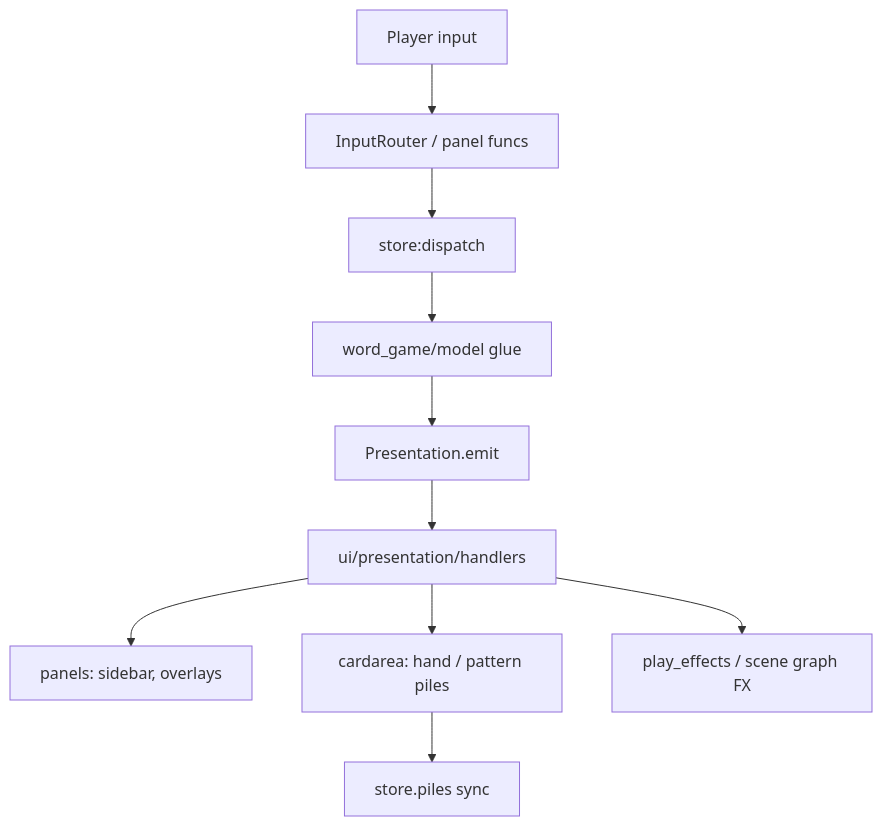
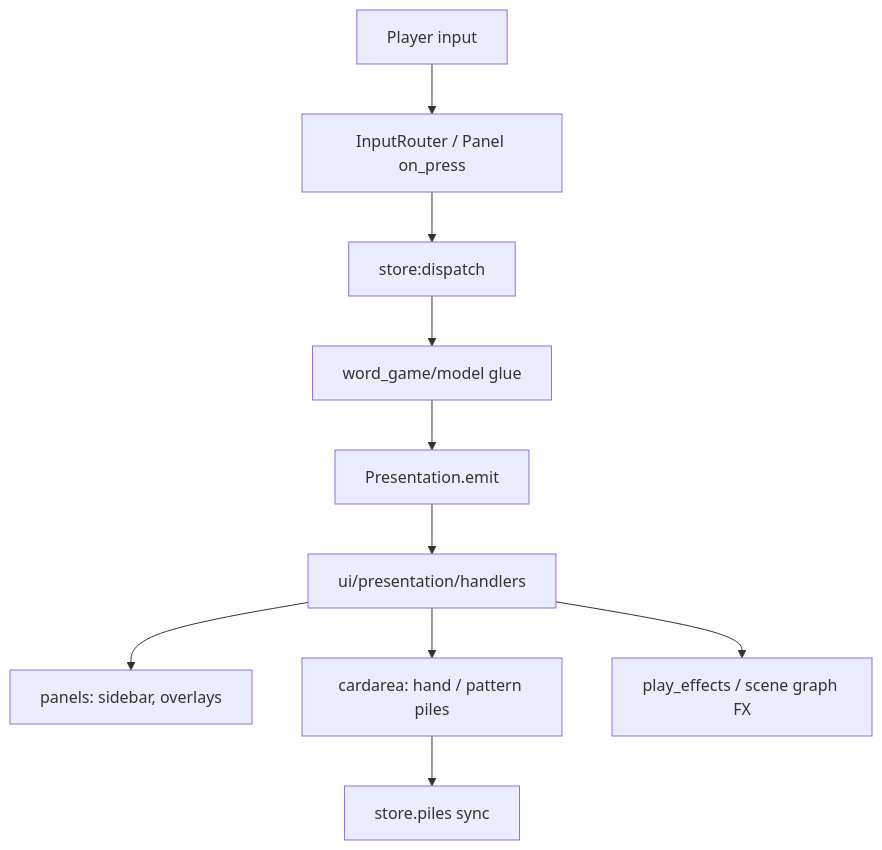
One commit to ashesnz/jumbalaya changed the diagram in docs/ui-stack.md. Above: the diagram before and after it, drawn with Mermaid. The commit also changed other lines of this file and 45 other files, not shown here.

````diff
--- a/docs/ui-stack.md
+++ b/docs/ui-stack.md
@@ -30,12 +30,12 @@
 ```mermaid
 flowchart TD
-  input[Player input] --> router[InputRouter / panel funcs]
+  input[Player input] --> router[InputRouter / Panel on_press]
   router --> store[store:dispatch]
   store --> model[word_game/model glue]
   model --> pres[Presentation.emit]
   pres --> handlers[ui/presentation/handlers]
   handlers --> panels[panels: sidebar, overlays]
   handlers --> cardarea[cardarea: hand / pattern piles]
   handlers --> fx[play_effects / scene graph FX]
   cardarea --> piles[store.piles sync]
 ```
````
